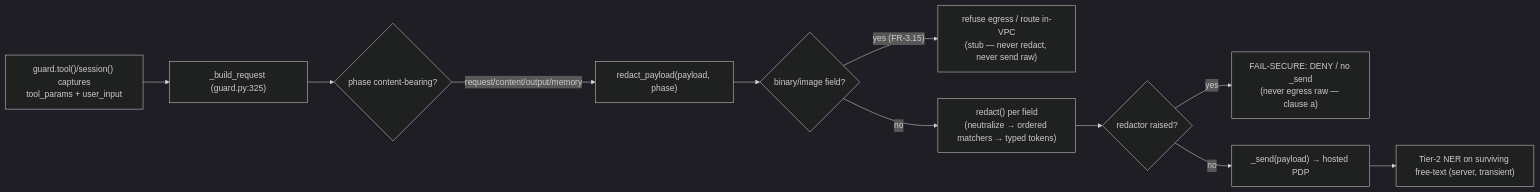
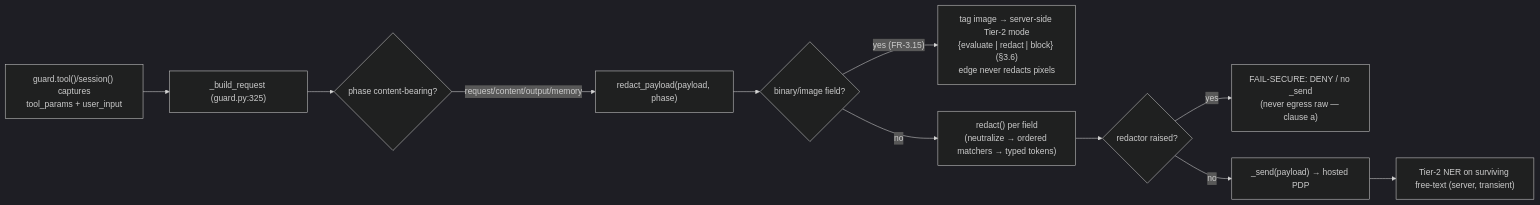
The second of 5 diagrams in lld/29-redaction.md (shashank31mar/Sentra), drawn with Mermaid (dark theme) before and after one commit. The commit also changed other lines of this file and 16 other files, not shown here.

````diff
--- a/lld/29-redaction.md
+++ b/lld/29-redaction.md
@@ -114,13 +121,13 @@
 ```mermaid
 flowchart LR
   CALL["guard.tool()/session() captures<br/>tool_params + user_input"] --> BR["_build_request (guard.py:325)"]
   BR --> PH{"phase content-bearing?"}
   PH -->|"request/content/output/memory"| RT["redact_payload(payload, phase)"]
   RT --> BIN{"binary/image field?"}
-  BIN -->|"yes (FR-3.15)"| REF["refuse egress / route in-VPC<br/>(stub — never redact, never send raw)"]
+  BIN -->|"yes (FR-3.15)"| REF["tag image → server-side Tier-2 mode<br/>{evaluate | redact | block} (§3.6)<br/>edge never redacts pixels"]
   BIN -->|"no"| RD["redact() per field<br/>(neutralize → ordered matchers → typed tokens)"]
   RD --> ERR{"redactor raised?"}
   ERR -->|"yes"| FS1["FAIL-SECURE: DENY / no _send<br/>(never egress raw — clause a)"]
   ERR -->|"no"| SEND["_send(payload) → hosted PDP"]
   SEND --> T2["Tier-2 NER on surviving free-text (server, transient)"]
 ```
````
